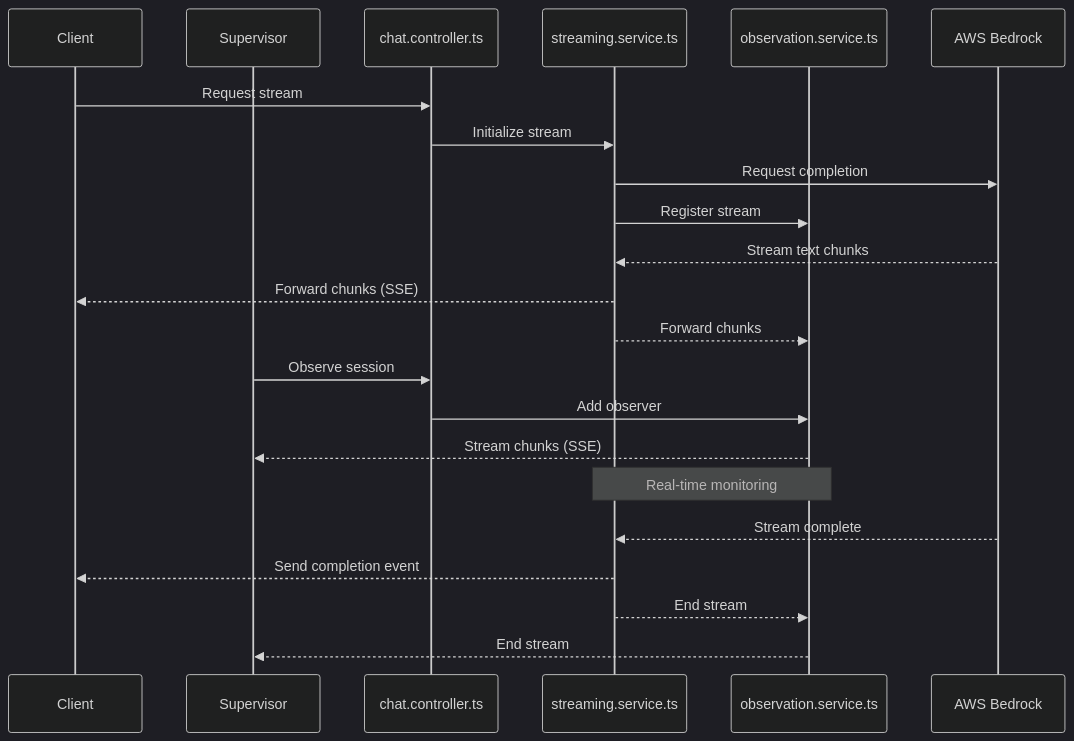
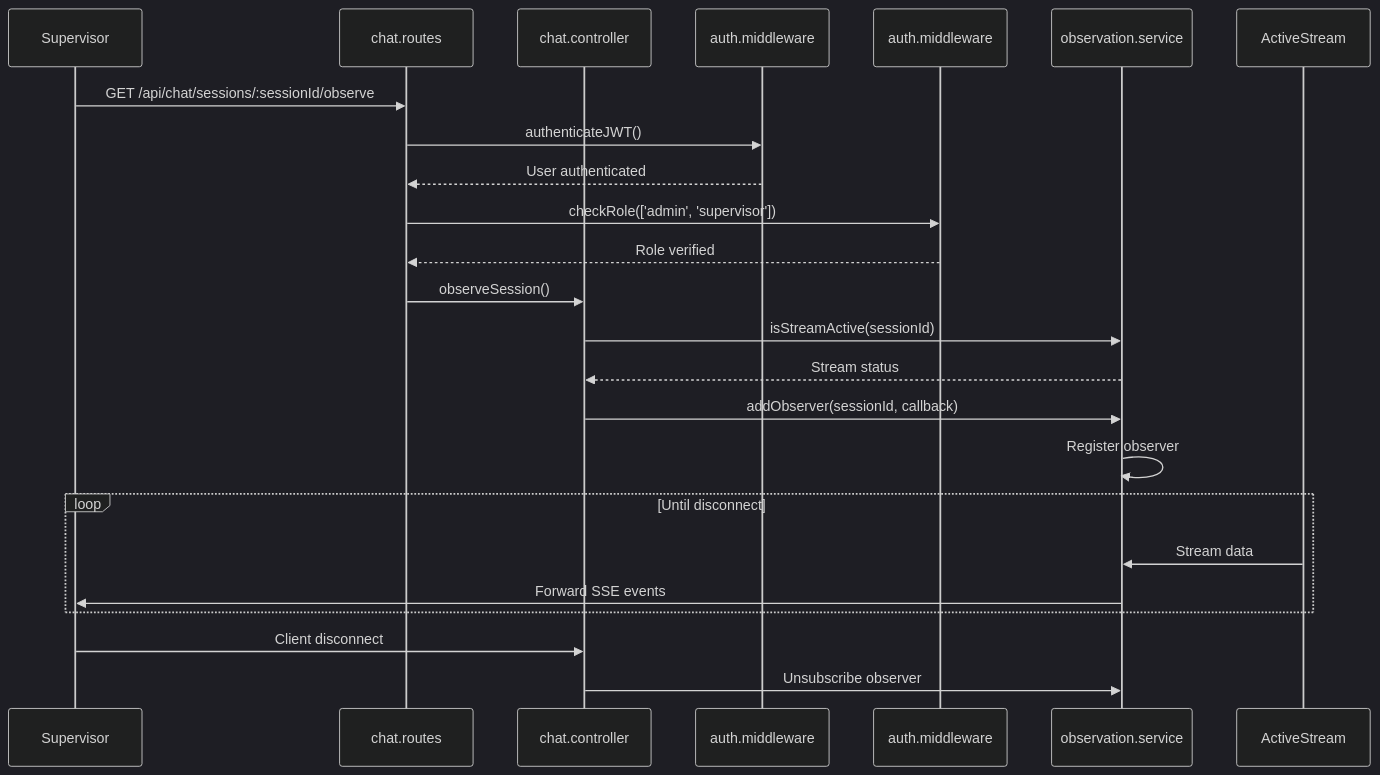
Before and after one commit to enoch-sit/tool-chatbot-boilerplate: the fifth of 7 diagrams in services/chat-service/Doc/ChatServiceCodeMap.md, drawn with Mermaid (dark theme). The commit also changed other lines of this file and 9 other files, not shown here.

````diff
--- a/services/chat-service/Doc/ChatServiceCodeMap.md
+++ b/services/chat-service/Doc/ChatServiceCodeMap.md
@@ -160,29 +209,32 @@
 ```mermaid
 sequenceDiagram
-    participant Client as Client
-    participant Supervisor as Supervisor
-    participant ChatController as chat.controller.ts
-    participant StreamingService as streaming.service.ts
-    participant ObservationManager as observation.service.ts
-    participant Bedrock as AWS Bedrock
+    participant Supervisor
+    participant Routes as chat.routes
+    participant Controller as chat.controller
+    participant Auth as auth.middleware
+    participant RoleCheck as auth.middleware
+    participant ObservationManager as observation.service
+    participant ActiveStream
     
-    Client->>ChatController: Request stream
-    ChatController->>StreamingService: Initialize stream
-    StreamingService->>Bedrock: Request completion
-    StreamingService->>ObservationManager: Register stream
+    Supervisor->>Routes: GET /api/chat/sessions/:sessionId/observe
+    Routes->>Auth: authenticateJWT()
+    Auth-->>Routes: User authenticated
     
-    Bedrock-->>StreamingService: Stream text chunks
-    StreamingService-->>Client: Forward chunks (SSE)
-    StreamingService-->>ObservationManager: Forward chunks
+    Routes->>RoleCheck: checkRole(['admin', 'supervisor'])
+    RoleCheck-->>Routes: Role verified
     
-    Supervisor->>ChatController: Observe session
-    ChatController->>ObservationManager: Add observer
-    ObservationManager-->>Supervisor: Stream chunks (SSE)
+    Routes->>Controller: observeSession()
+    Controller->>ObservationManager: isStreamActive(sessionId)
+    ObservationManager-->>Controller: Stream status
     
-    Note over StreamingService,ObservationManager: Real-time monitoring
+    Controller->>ObservationManager: addObserver(sessionId, callback)
+    ObservationManager->>ObservationManager: Register observer
     
-    Bedrock-->>StreamingService: Stream complete
-    StreamingService-->>Client: Send completion event
-    StreamingService-->>ObservationManager: End stream
-    ObservationManager-->>Supervisor: End stream
+    loop Until disconnect
+        ActiveStream->>ObservationManager: Stream data
+        ObservationManager->>Supervisor: Forward SSE events
+    end
+    
+    Supervisor->>Controller: Client disconnect
+    Controller->>ObservationManager: Unsubscribe observer
 ```
````
